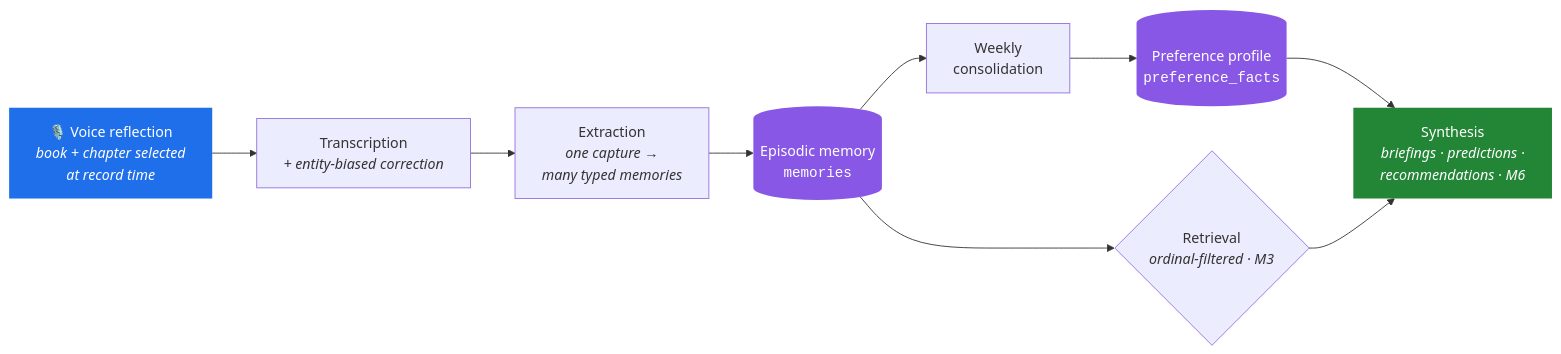
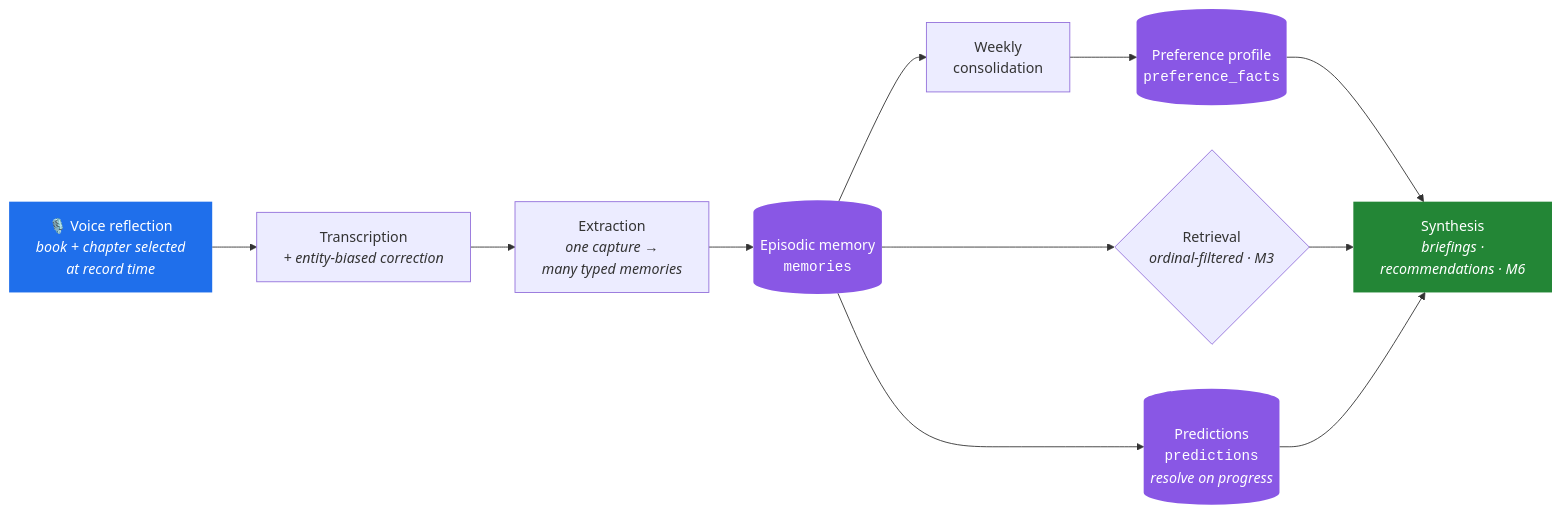
The first of 3 diagrams in README.md (aabu4537/ALAM), drawn with Mermaid before and after one commit. The commit also changed other lines of this file and 30 other files, not shown here.

````diff
--- a/README.md
+++ b/README.md
@@ -34,16 +34,19 @@
 ```mermaid
 flowchart LR
     A["🎙️ Voice reflection<br/><i>book + chapter selected<br/>at record time</i>"] --> B["Transcription<br/><i>+ entity-biased correction</i>"]
     B --> C["Extraction<br/><i>one capture →<br/>many typed memories</i>"]
     C --> D[("Episodic memory<br/><code>memories</code>")]
     D --> E["Weekly<br/>consolidation"]
     E --> F[("Preference profile<br/><code>preference_facts</code>")]
     D --> G{"Retrieval<br/><i>ordinal-filtered · M3</i>"}
-    F --> H["Synthesis<br/><i>briefings · predictions ·<br/>recommendations · M6</i>"]
+    D --> I[("Predictions<br/><code>predictions</code><br/><i>resolve on progress</i>")]
+    F --> H["Synthesis<br/><i>briefings ·<br/>recommendations · M6</i>"]
     G --> H
+    I --> H
 
     style A fill:#1f6feb,color:#fff,stroke:none
     style H fill:#238636,color:#fff,stroke:none
     style D fill:#8957e5,color:#fff,stroke:none
     style F fill:#8957e5,color:#fff,stroke:none
+    style I fill:#8957e5,color:#fff,stroke:none
 ```
````
